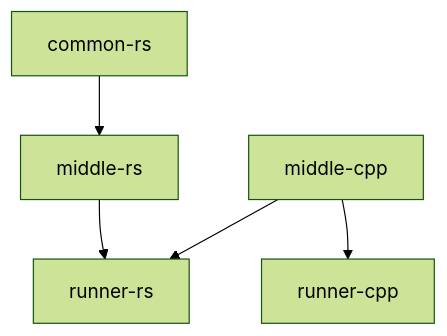
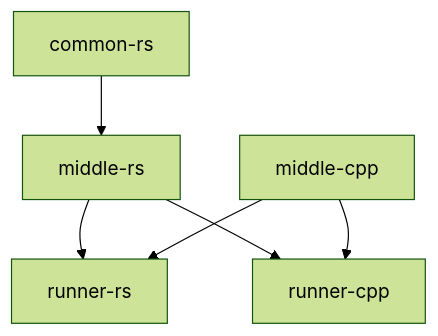
One commit to hanhossain/rust-cxx-cmake changed the diagram in README.md. Above: the diagram before and after it, drawn with Mermaid (forest theme). The commit also changed other lines of this file and 10 other files, not shown here.

Commit message:
middle-rs from runner-cpp

````diff
--- a/README.md
+++ b/README.md
@@ -5,9 +5,8 @@
 ```mermaid
 graph TD
-common-rs --> middle-rs
-middle-rs --> runner-rs
-
-middle-cpp --> runner-cpp
-middle-cpp --> runner-rs
-
+    common-rs --> middle-rs
+    middle-rs --> runner-rs
+    middle-rs --> runner-cpp
+    middle-cpp --> runner-cpp
+    middle-cpp --> runner-rs
 ```
````
